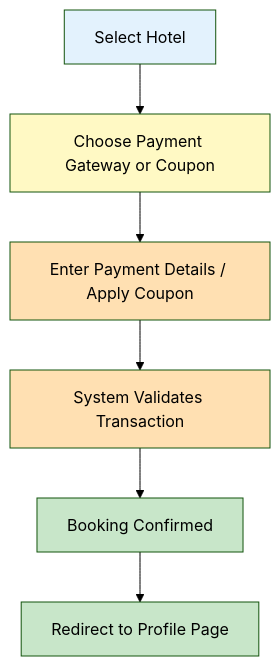
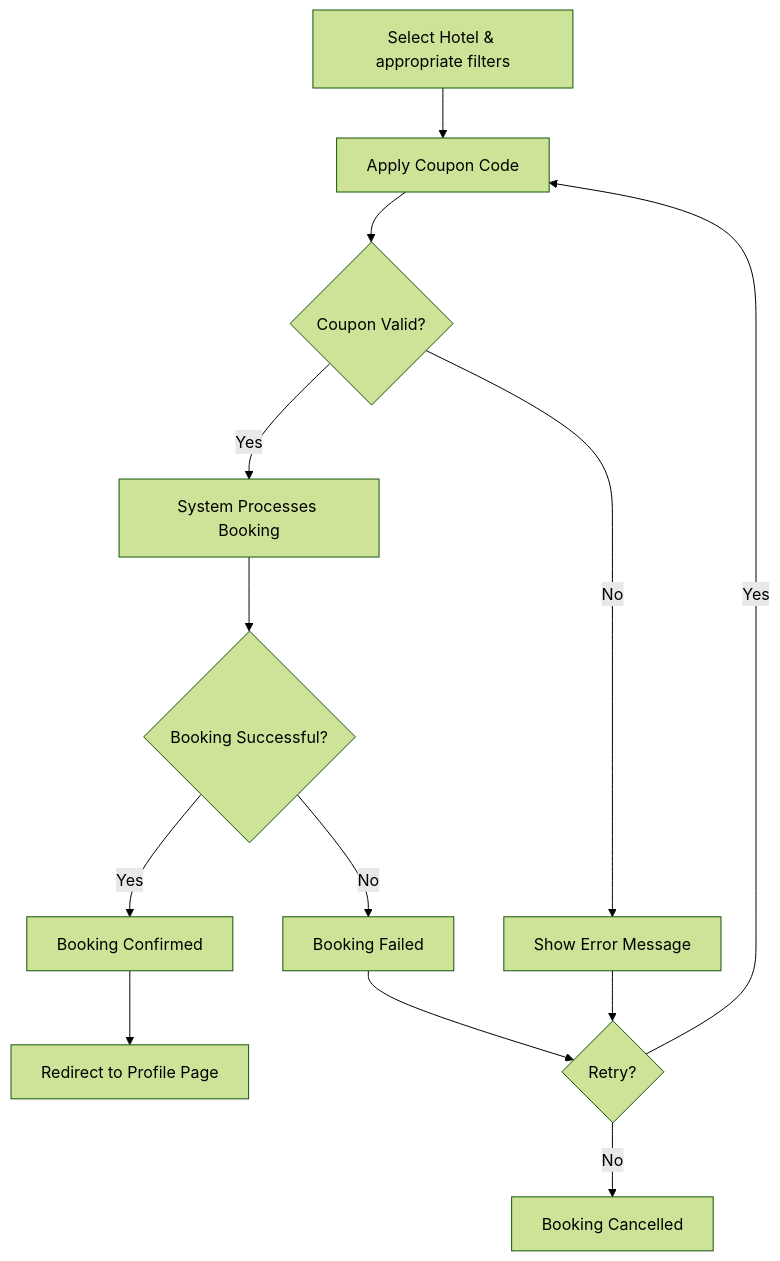
The first of 2 diagrams in docs/functional.md (Khush-GKMIT/Hotel-Management-System-Docs), drawn with Mermaid (forest theme) before and after one commit. The commit also changed other lines of this file and 6 other files, not shown here.

Commit message:
Updated documentation: improved flowcharts with error handling and removed styling

````diff
--- a/docs/functional.md
+++ b/docs/functional.md
@@ -51,15 +48,15 @@
 ```mermaid
 flowchart TD
-    A[Select Hotel] --> B[Choose Payment Gateway or Coupon]
-    B --> C[Enter Payment Details / Apply Coupon]
-    C --> D[System Validates Transaction]
-    D --> E[Booking Confirmed]
-    E --> F[Redirect to Profile Page]
-    
-    style A fill:#e3f2fd
-    style B fill:#fff9c4
-    style C fill:#ffe0b2
-    style D fill:#ffe0b2
-    style E fill:#c8e6c9
-    style F fill:#c8e6c9
+    Start[Select Hotel & appropriate filters] --> Coupon[Apply Coupon Code]
+    Coupon --> Validate{Coupon Valid?}
+    Validate -->|Yes| Process[System Processes Booking]
+    Validate -->|No| Error[Show Error Message]
+    Error --> Retry{Retry?}
+    Retry -->|Yes| Coupon
+    Retry -->|No| Cancel[Booking Cancelled]
+    Process --> Confirm{Booking Successful?}
+    Confirm -->|Yes| Success[Booking Confirmed]
+    Confirm -->|No| Failed[Booking Failed]
+    Success --> Profile[Redirect to Profile Page]
+    Failed --> Retry
 ```
````
